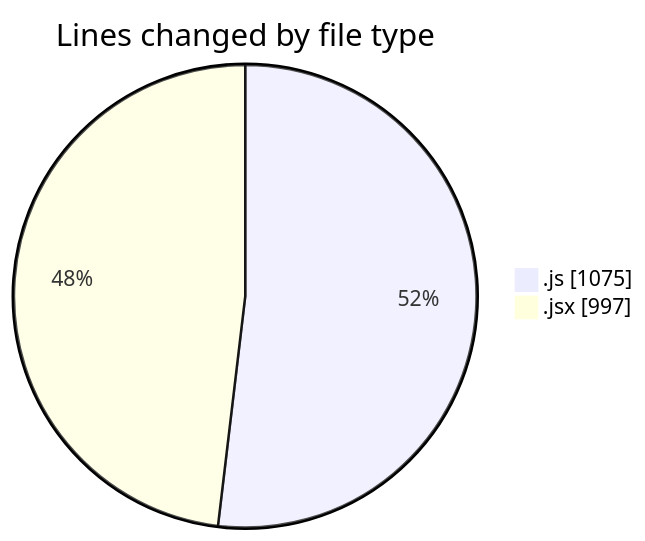
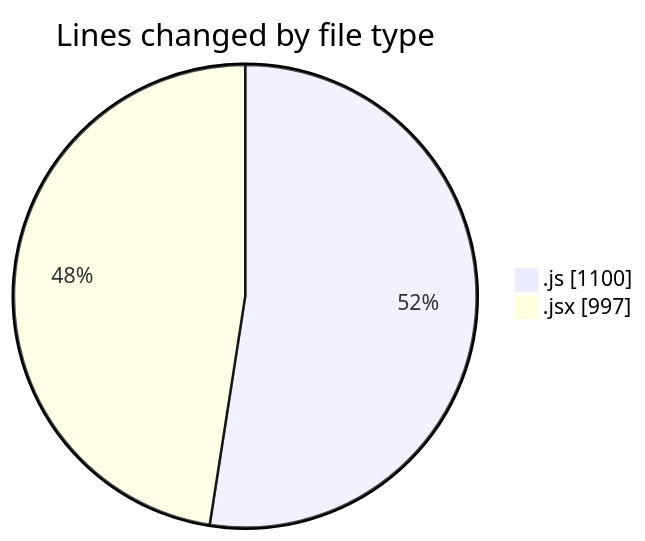
The first of 2 diagrams in 2025-04-08/nxtqube_webapp/README.md (nxtqubesakshisongat/code-tracking), drawn with Mermaid before and after one commit. The commit also changed other lines of this file and 1 other file, not shown here.

````diff
--- a/2025-04-08/nxtqube_webapp/README.md
+++ b/2025-04-08/nxtqube_webapp/README.md
@@ -24,6 +24,6 @@
 ```mermaid
 pie showData
 title Lines changed by file type
-".js" : 1075
+".js" : 1100
 ".jsx" : 997
 ```
````
